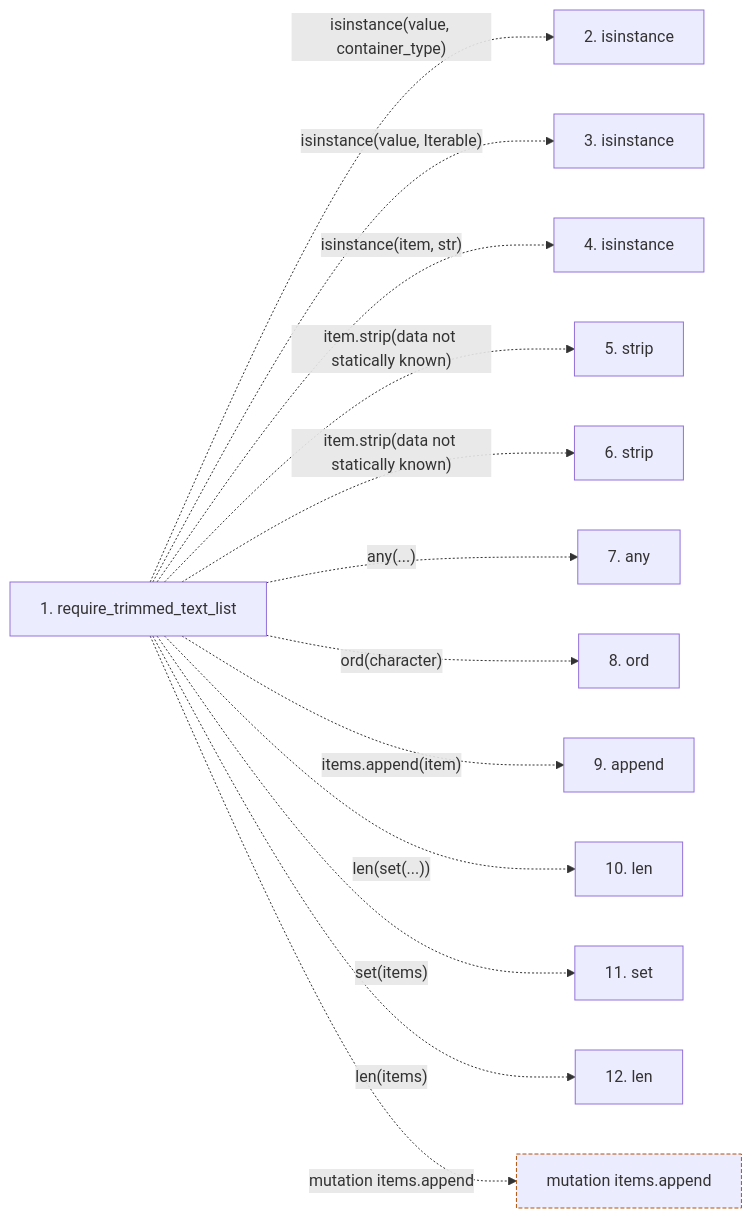
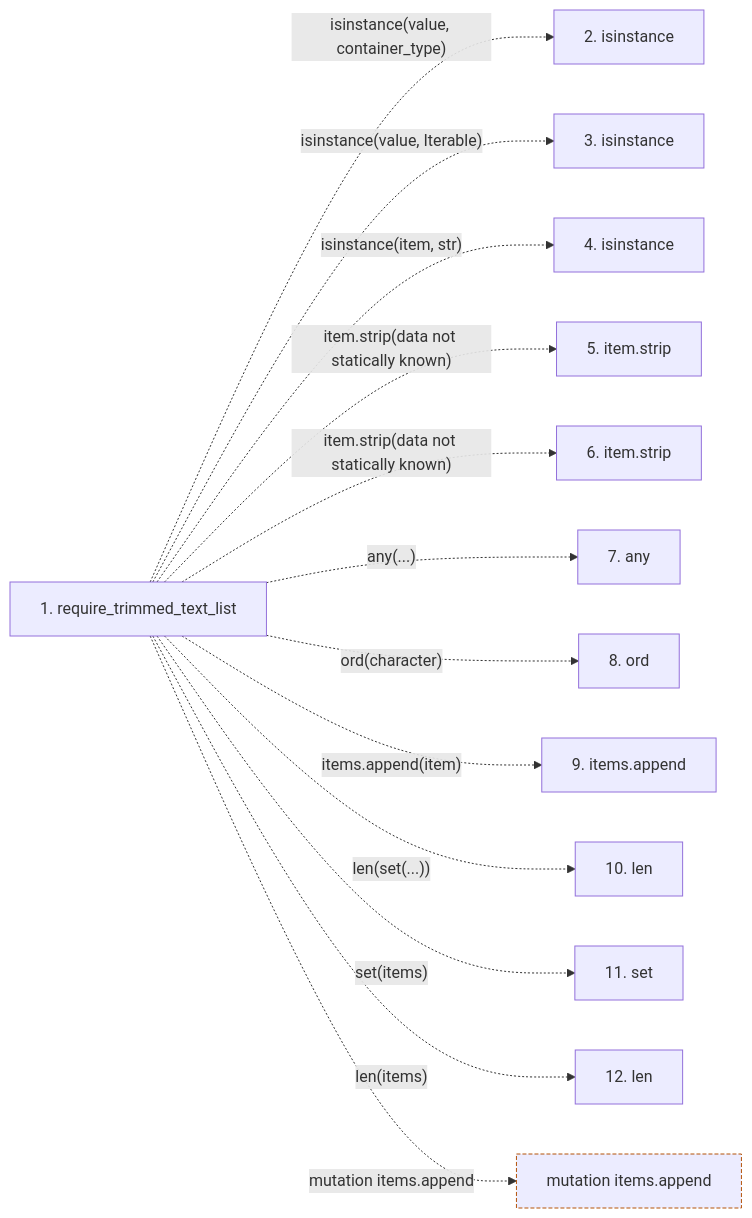
One commit to Denissvgn/python-wiki-llm changed the second of 2 diagrams in docs/llm_wiki/flows/api-require_trimmed_text_list.md. Above: the diagram before and after it, drawn with Mermaid. The commit also changed other lines of this file and 719 other files, not shown here.

````diff
--- a/docs/llm_wiki/flows/api-require_trimmed_text_list.md
+++ b/docs/llm_wiki/flows/api-require_trimmed_text_list.md
@@ -38,31 +38,31 @@
 ```mermaid
 flowchart LR
     s1["1. require_trimmed_text_list"]
     s2["2. isinstance"]
     s3["3. isinstance"]
     s4["4. isinstance"]
-    s5["5. strip"]
-    s6["6. strip"]
+    s5["5. item.strip"]
+    s6["6. item.strip"]
     s7["7. any"]
     s8["8. ord"]
-    s9["9. append"]
+    s9["9. items.append"]
     s10["10. len"]
     s11["11. set"]
     s12["12. len"]
     s1 -. "isinstance(value, container_type)" .-> s2
     s1 -. "isinstance(value, Iterable)" .-> s3
     s1 -. "isinstance(item, str)" .-> s4
     s1 -. "item.strip(data not statically known)" .-> s5
     s1 -. "item.strip(data not statically known)" .-> s6
     s1 -. "any(...)" .-> s7
     s1 -. "ord(character)" .-> s8
     s1 -. "items.append(item)" .-> s9
     s1 -. "len(set(...))" .-> s10
     s1 -. "set(items)" .-> s11
     s1 -. "len(items)" .-> s12
     b0["mutation items.append"]
     s1 -. "mutation items.append" .-> b0
     click s1 "../modules/validation.md"
     classDef boundary stroke:#b45309,stroke-dasharray: 4 2
     class b0 boundary
 ```
````
